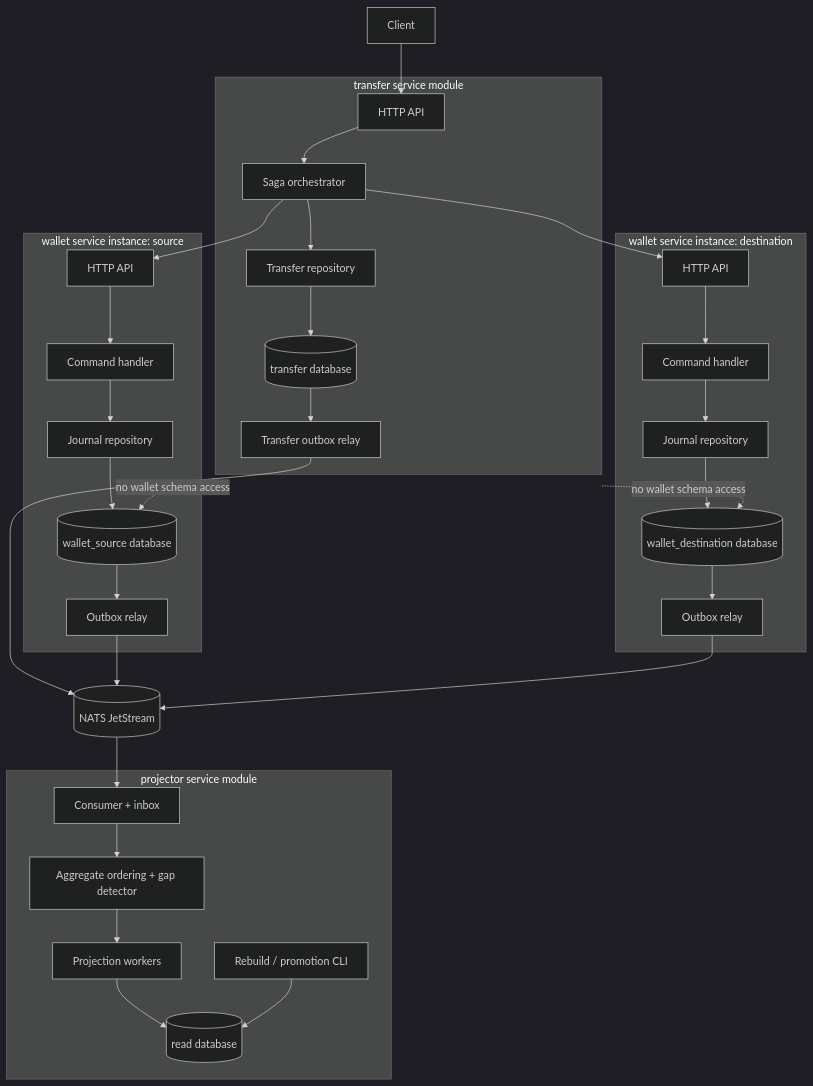
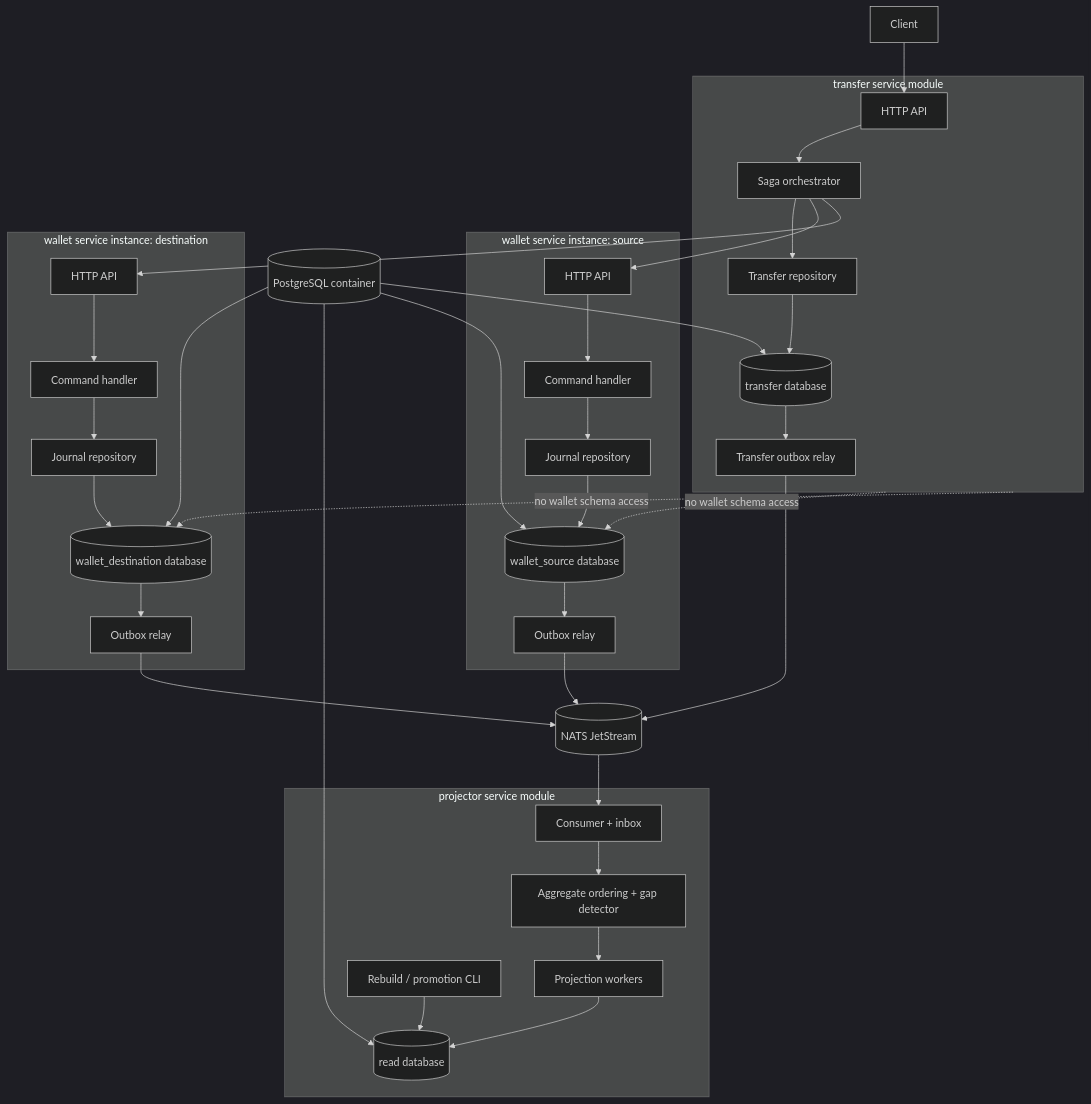
Before and after one commit to prajexec/Wallet: the second of 2 diagrams in docs/architecture.md, drawn with Mermaid (dark theme).

Commit message:
docs(architecture): show Compose database host
Make the component diagram reflect the Phase 2 local topology: one PostgreSQL container containing four service-owned databases.

````diff
--- a/docs/architecture.md
+++ b/docs/architecture.md
@@ -32,49 +32,54 @@
 ```mermaid
 flowchart TB
     Caller[Client]
     subgraph TransferService[transfer service module]
         TransferAPI[HTTP API]
         Saga[Saga orchestrator]
         TransferRepo[Transfer repository]
         TransferOutbox[Transfer outbox relay]
         TransferDB[(transfer database)]
     end
     subgraph WalletSource[wallet service instance: source]
         SourceAPI[HTTP API]
         SourceCommand[Command handler]
         SourceJournal[Journal repository]
         SourceOutbox[Outbox relay]
         SourceDB[(wallet_source database)]
     end
     subgraph WalletDestination[wallet service instance: destination]
         DestinationAPI[HTTP API]
         DestinationCommand[Command handler]
         DestinationJournal[Journal repository]
         DestinationOutbox[Outbox relay]
         DestinationDB[(wallet_destination database)]
     end
     NATS[(NATS JetStream)]
+    Postgres[(PostgreSQL container)]
     subgraph ProjectorService[projector service module]
         Consumer[Consumer + inbox]
         Ordering[Aggregate ordering + gap detector]
         Projector[Projection workers]
         Rebuilder[Rebuild / promotion CLI]
         ReadDB[(read database)]
     end
 
     Caller --> TransferAPI
     TransferAPI --> Saga
     Saga --> TransferRepo --> TransferDB
     Saga --> SourceAPI
     Saga --> DestinationAPI
+    Postgres --> SourceDB
+    Postgres --> DestinationDB
+    Postgres --> TransferDB
+    Postgres --> ReadDB
     TransferDB --> TransferOutbox --> NATS
     SourceAPI --> SourceCommand --> SourceJournal --> SourceDB
     SourceDB --> SourceOutbox --> NATS
     DestinationAPI --> DestinationCommand --> DestinationJournal --> DestinationDB
     DestinationDB --> DestinationOutbox --> NATS
     NATS --> Consumer --> Ordering --> Projector --> ReadDB
     Rebuilder --> ReadDB
 
     TransferService -. no wallet schema access .-> SourceDB
     TransferService -. no wallet schema access .-> DestinationDB
 ```
````
